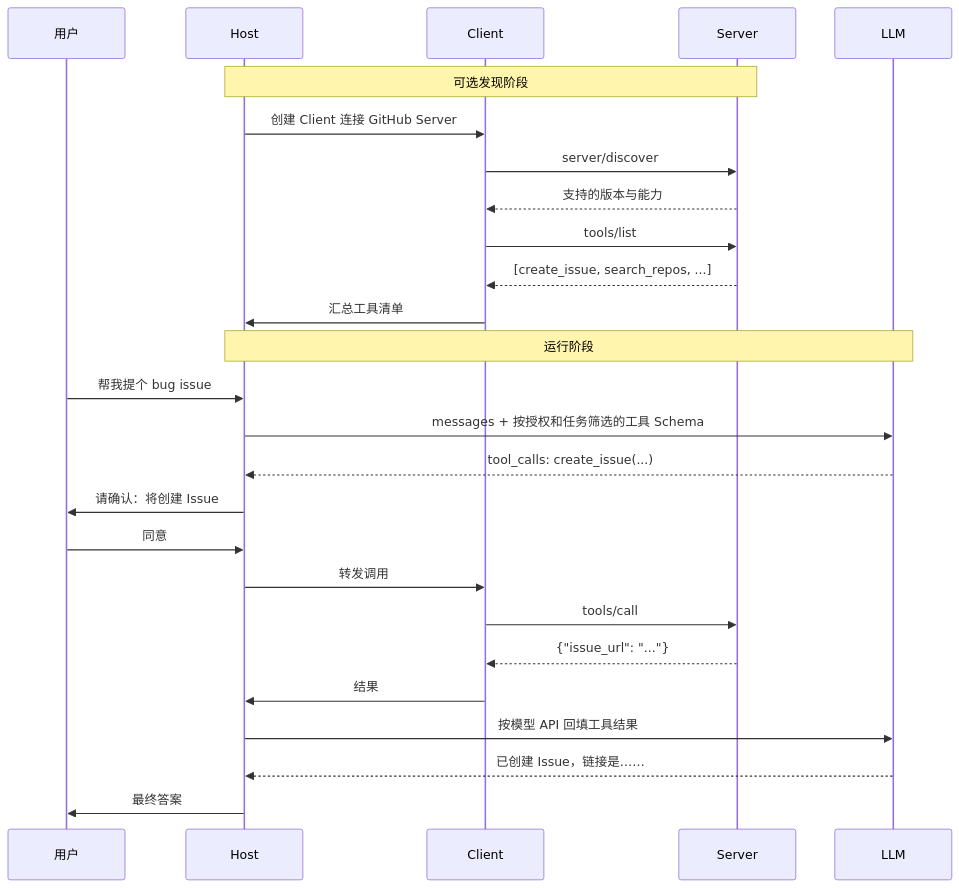
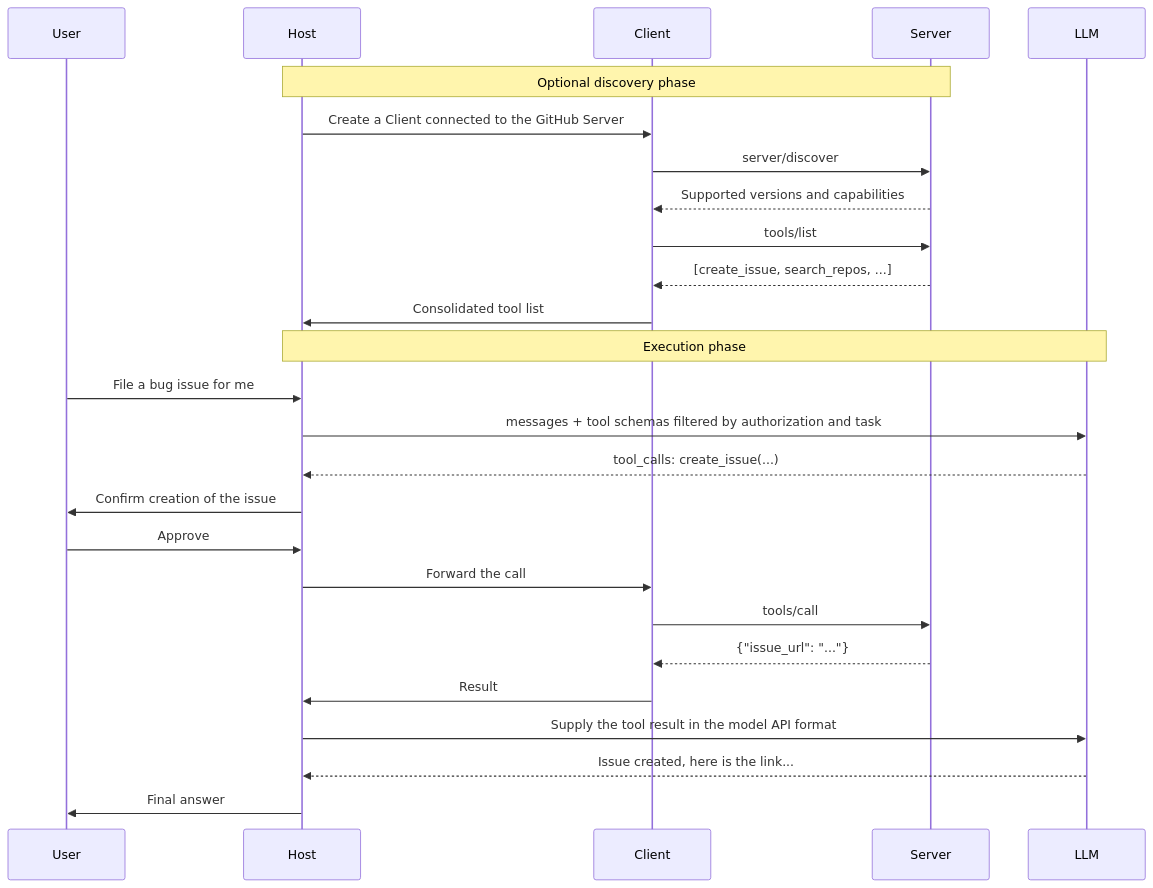
Before and after one commit to oneleaveknowsthefall/awesome-ai-roadmap: the fifth of 5 diagrams in docs/tools/02-mcp/05-mcp-components.md, drawn with Mermaid. The commit also changed other lines of this file and 42 other files, not shown here.

````diff
--- a/docs/tools/02-mcp/05-mcp-components.md
+++ b/docs/tools/02-mcp/05-mcp-components.md
@@ -184,30 +184,30 @@
 ```mermaid
 sequenceDiagram
-    participant U as 用户
+    participant U as User
     participant H as Host
     participant C as Client
     participant S as Server
     participant M as LLM
 
-    Note over H,S: 可选发现阶段
-    H->>C: 创建 Client 连接 GitHub Server
+    Note over H,S: Optional discovery phase
+    H->>C: Create a Client connected to the GitHub Server
     C->>S: server/discover
-    S-->>C: 支持的版本与能力
+    S-->>C: Supported versions and capabilities
     C->>S: tools/list
     S-->>C: [create_issue, search_repos, ...]
-    C->>H: 汇总工具清单
+    C->>H: Consolidated tool list
 
-    Note over H,M: 运行阶段
-    U->>H: 帮我提个 bug issue
-    H->>M: messages + 按授权和任务筛选的工具 Schema
+    Note over H,M: Execution phase
+    U->>H: File a bug issue for me
+    H->>M: messages + tool schemas filtered by authorization and task
     M-->>H: tool_calls: create_issue(...)
-    H->>U: 请确认：将创建 Issue
-    U->>H: 同意
-    H->>C: 转发调用
+    H->>U: Confirm creation of the issue
+    U->>H: Approve
+    H->>C: Forward the call
     C->>S: tools/call
     S-->>C: {"issue_url": "..."}
-    C->>H: 结果
-    H->>M: 按模型 API 回填工具结果
-    M-->>H: 已创建 Issue，链接是……
-    H->>U: 最终答案
+    C->>H: Result
+    H->>M: Supply the tool result in the model API format
+    M-->>H: Issue created, here is the link...
+    H->>U: Final answer
 ```
````
